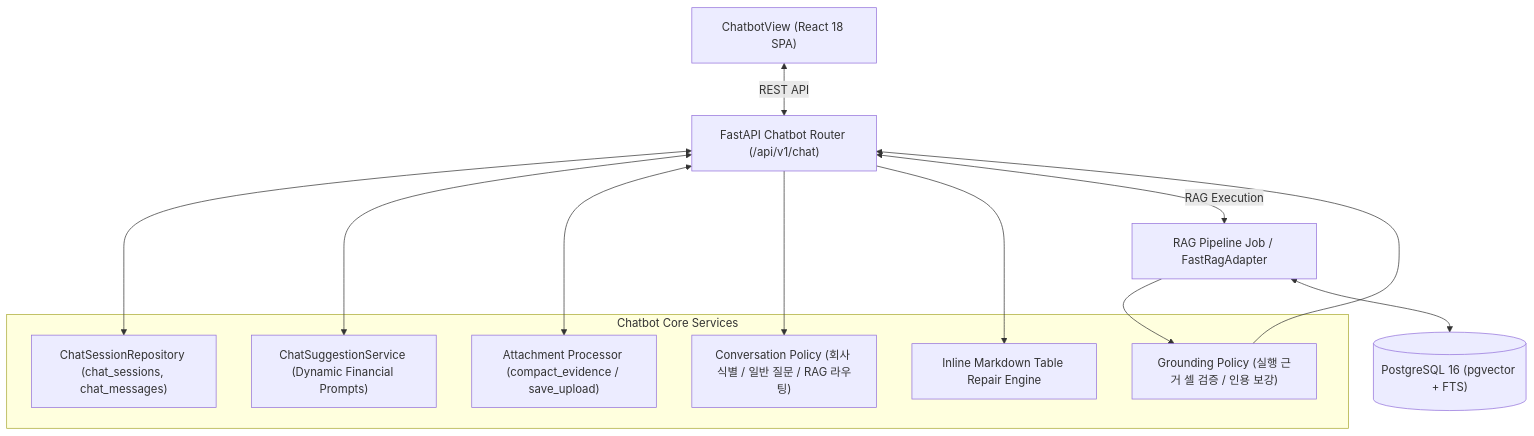
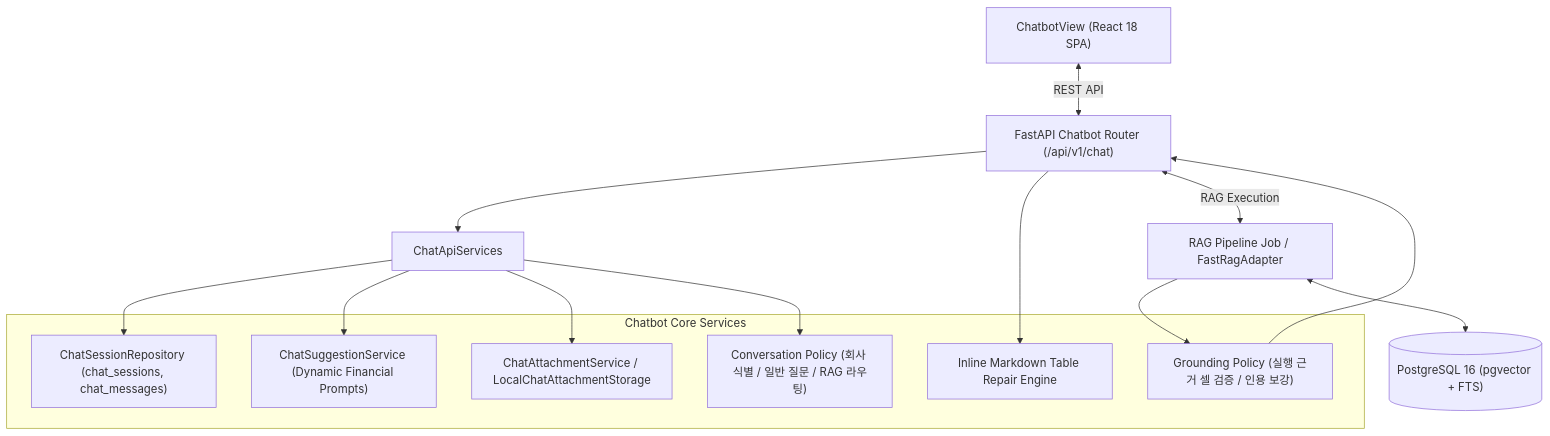
The diagram in docs/blueprints/04_workspace_blueprints/BP-404_ws_ai_financial_chatbot.md (bist-mini-final/bist-mini-final), drawn with Mermaid before and after one commit. The commit also changed other lines of this file and 30 other files, not shown here.

````diff
--- a/docs/blueprints/04_workspace_blueprints/BP-404_ws_ai_financial_chatbot.md
+++ b/docs/blueprints/04_workspace_blueprints/BP-404_ws_ai_financial_chatbot.md
@@ -12,23 +12,24 @@
 ```mermaid
 flowchart TD
     UI["ChatbotView (React 18 SPA)"] <-->|REST API| ROUTER["FastAPI Chatbot Router (/api/v1/chat)"]
 
     subgraph ChatServices ["Chatbot Core Services"]
         REPO["ChatSessionRepository (chat_sessions, chat_messages)"]
         SUGG["ChatSuggestionService (Dynamic Financial Prompts)"]
-        ATTACH["Attachment Processor (compact_evidence / save_upload)"]
+        ATTACH["ChatAttachmentService / LocalChatAttachmentStorage"]
         CONV["Conversation Policy (회사 식별 / 일반 질문 / RAG 라우팅)"]
         GROUND["Grounding Policy (실행 근거 셀 검증 / 인용 보강)"]
         TABLE_REP["Inline Markdown Table Repair Engine"]
     end
 
-    ROUTER <--> REPO
-    ROUTER <--> SUGG
-    ROUTER <--> ATTACH
-    ROUTER --> CONV
+    ROUTER --> API["ChatApiServices"]
+    API --> REPO
+    API --> SUGG
+    API --> ATTACH
+    API --> CONV
     ROUTER --> TABLE_REP
     ROUTER <-->|RAG Execution| PIPELINE["RAG Pipeline Job / FastRagAdapter"]
     PIPELINE --> GROUND
     GROUND --> ROUTER
     PIPELINE <--> PG[("PostgreSQL 16 (pgvector + FTS)")]
 ```
````
